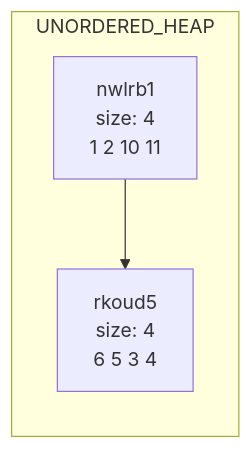
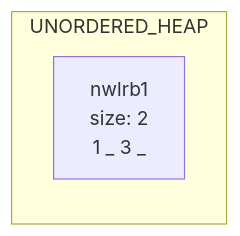
One commit to vasu0403/bpTree changed the second of 2 diagrams in data/chart.md. Above: the diagram before and after it, drawn with Mermaid. The commit also changed other lines of this file and 1 other file, not shown here.

````diff
--- a/data/chart.md
+++ b/data/chart.md
@@ -19,8 +7,6 @@
 ```mermaid
 graph LR
 subgraph UNORDERED_HEAP
-nwlrb1[nwlrb1<br/>size: 4<br/>1 2 10 11 ]
-rkoud5[rkoud5<br/>size: 4<br/>6 5 3 4 ]
-nwlrb1-->rkoud5
+nwlrb1[nwlrb1<br/>size: 2<br/>1 _ 3 _ ]
 end
 ```
````
